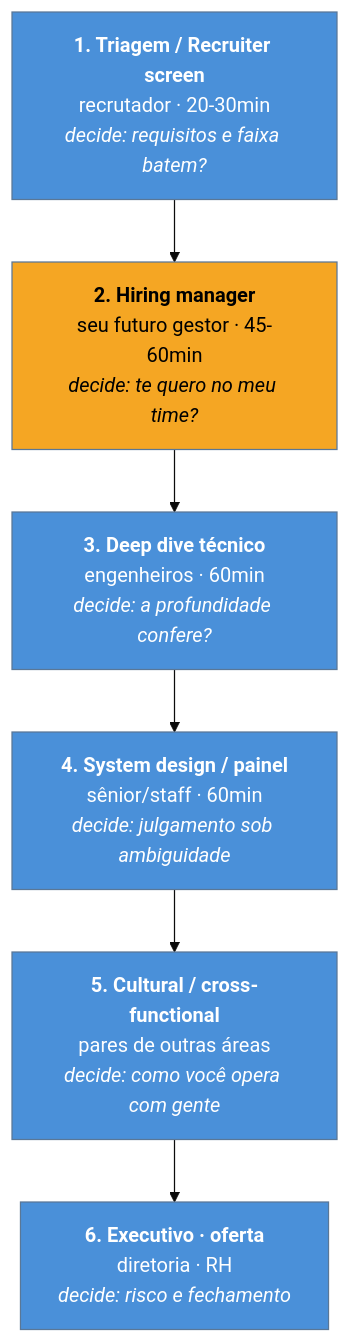
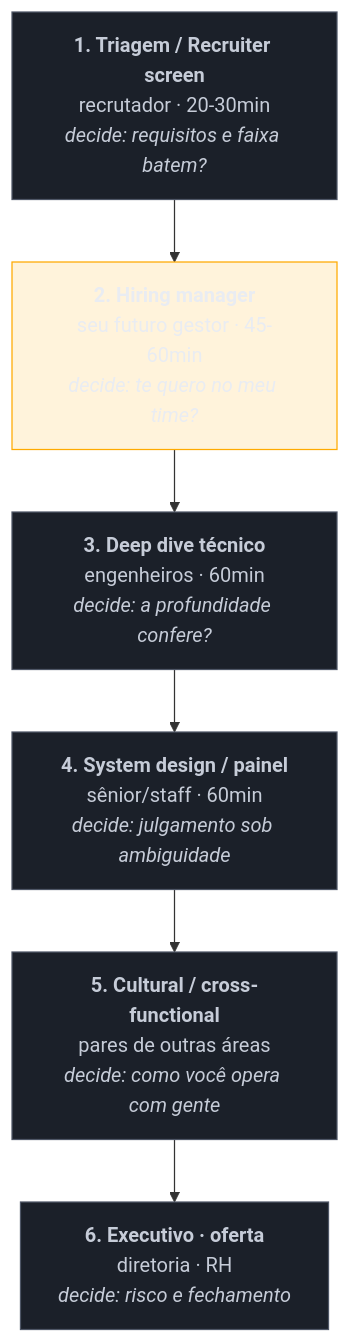
Before and after one commit to josenaldo/codex-technomanticus: the diagram in 03-Dominios/Carreira/Entrevistas/02 - A anatomia do funil internacional.md, drawn with Mermaid. The commit also changed 1181 other files, not shown here.

First line of the commit message:
fix(diagramas): paleta do sistema no lugar de cor cravada no markdown

````diff
--- a/03-Dominios/Carreira/Entrevistas/02 - A anatomia do funil internacional.md
+++ b/03-Dominios/Carreira/Entrevistas/02 - A anatomia do funil internacional.md
@@ -36,16 +36,17 @@
 ```mermaid
-%%{init: {"theme": "base", "themeVariables": {"primaryColor": "#4A90D9"}}}%%
 graph TD
+    classDef neutro fill:#1B2029,stroke:#4E5666,color:#C6CCD8
+    classDef destaque fill:#FFAA0024,stroke:#FFAA00,color:#E9ECF2
     A["<b>1. Triagem / Recruiter screen</b><br/>recrutador · 20-30min<br/><i>decide: requisitos e faixa batem?</i>"] --> B["<b>2. Hiring manager</b><br/>seu futuro gestor · 45-60min<br/><i>decide: te quero no meu time?</i>"]
     B --> C["<b>3. Deep dive técnico</b><br/>engenheiros · 60min<br/><i>decide: a profundidade confere?</i>"]
     C --> D["<b>4. System design / painel</b><br/>sênior/staff · 60min<br/><i>decide: julgamento sob ambiguidade</i>"]
     D --> E["<b>5. Cultural / cross-functional</b><br/>pares de outras áreas<br/><i>decide: como você opera com gente</i>"]
     E --> F["<b>6. Executivo · oferta</b><br/>diretoria · RH<br/><i>decide: risco e fechamento</i>"]
 
-    style A fill:#4A90D9,color:#fff
-    style B fill:#F5A623,color:#000
-    style C fill:#4A90D9,color:#fff
-    style D fill:#4A90D9,color:#fff
-    style E fill:#4A90D9,color:#fff
-    style F fill:#4A90D9,color:#fff
+    class A neutro
+    class B destaque
+    class C neutro
+    class D neutro
+    class E neutro
+    class F neutro
 ```
````
